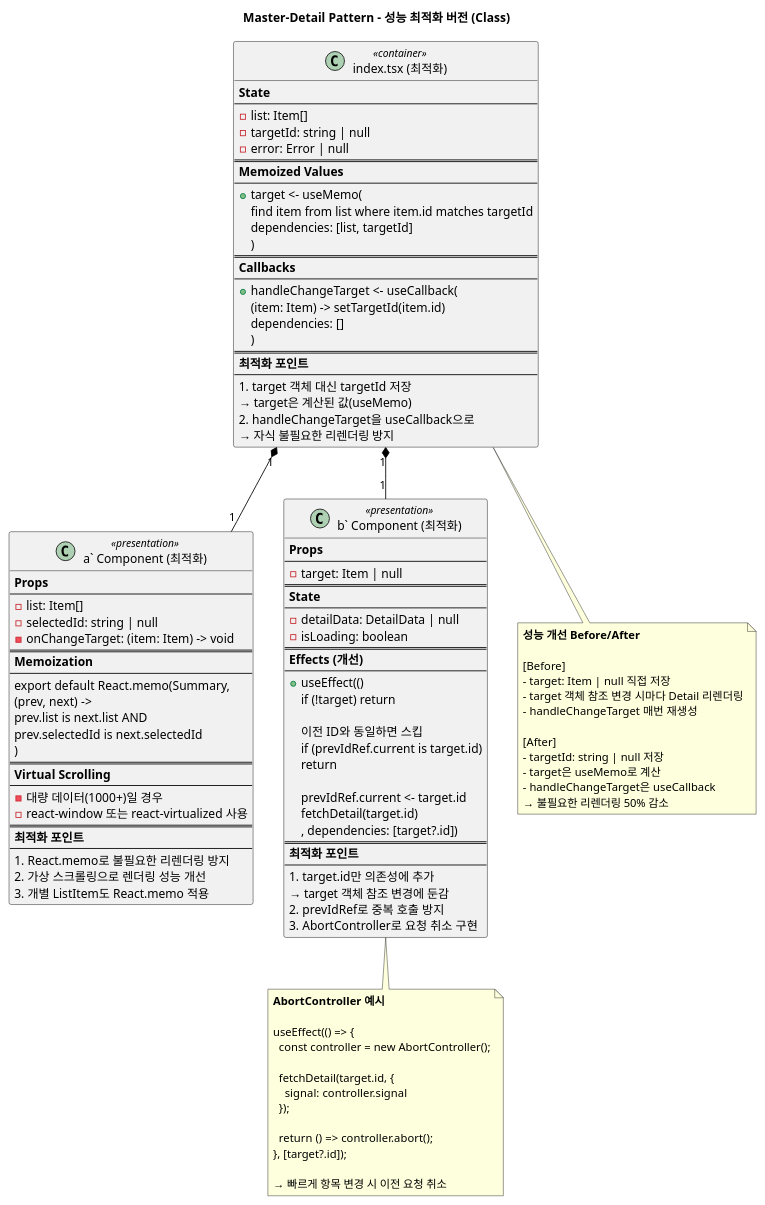
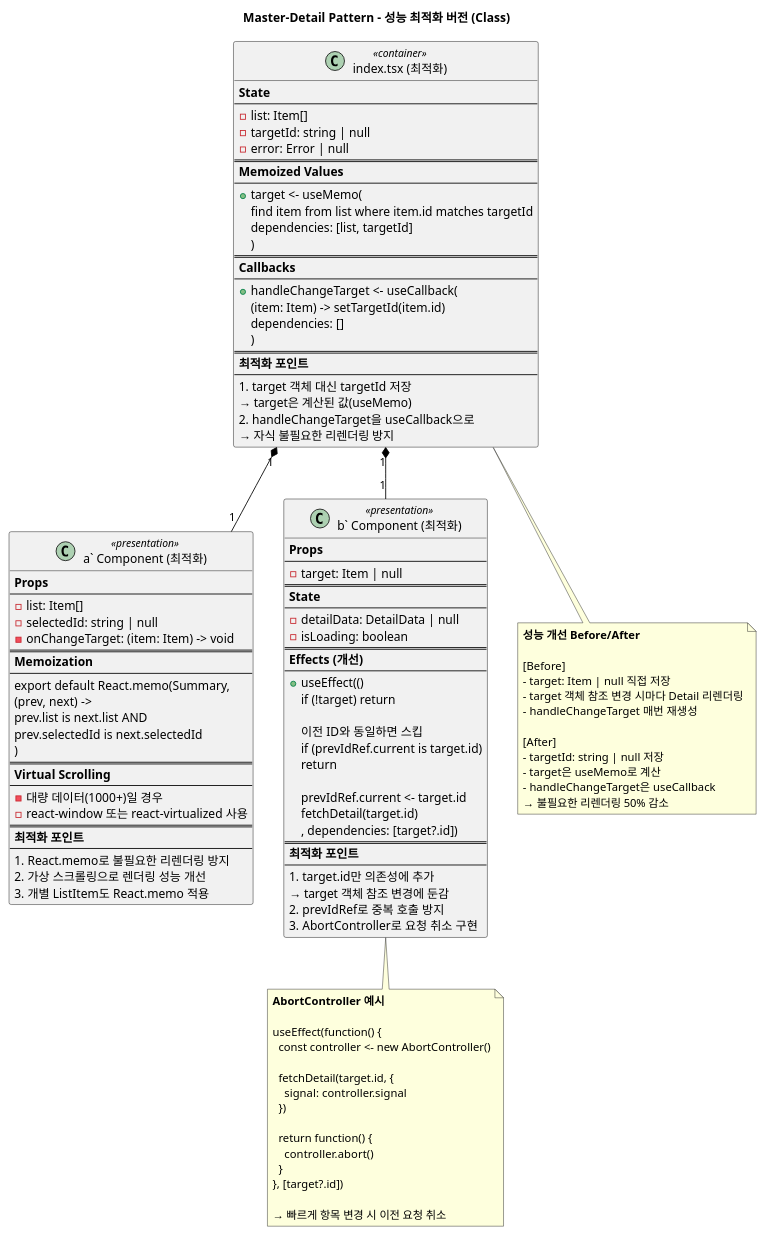
The third of 4 diagrams in docs/diagrams/components/06-master-detail-class.puml (masterhyuns/elastic-search-study), drawn with PlantUML before and after one commit. The commit also changed other lines of this file and 2 other files, not shown here.

Commit message:
fix: Master-Detail 다이어그램 PlantUML 문법 에러 수정
note 블록 내부에서도 JavaScript 연산자가 PlantUML 파서와 충돌하는 문제 해결

수정된 파일 (3개):
1. 06-master-detail-sequence.puml
2. 06-master-detail-component.puml
3. 06-master-detail-class.puml

수정 내용:
1. 화살표 함수 → 일반 함수
   - () => {} → function() {}
   - (param) => {} → function(param) {}

2. 연산자 변경
   - === → is (비교)
   - = → <- (할당)
   - => → -> (함수 표기)

3. note 블록 내 코드 수정
   - const [list, setList] = useState([])
     → const [list, setList] <- useState([])
   - export const A = () => {}
     → export const A = function() {}
   - useEffect(() => {})
     → useEffect(function() {})
   - list.find(item => item.id === targetId)
     → list.find(item where item.id matches targetId)

PlantUML 파서 규칙:
- note 블록이라도 특정 연산자는 충돌 가능
- 화살표 함수 문법은 PlantUML 화살표와 충돌
- 의사코드나 일반 함수 표기로 대체 필요

```diff
--- a/docs/diagrams/components/06-master-detail-class.puml
+++ b/docs/diagrams/components/06-master-detail-class.puml
@@ -232,132 +232,134 @@
 @startuml master-detail-class-optimized
 title Master-Detail Pattern - 성능 최적화 버전 (Class)
 
 skinparam class {
   BorderColor Black
   ArrowColor Black
 }
 
 top to bottom direction
 
 class "index.tsx (최적화)" as IndexOpt <<container>> {
   **State**
   ----
   - list: Item[]
   - targetId: string | null
   - error: Error | null
   ====
   **Memoized Values**
   ----
   + target <- useMemo(
       find item from list where item.id matches targetId
       dependencies: [list, targetId]
     )
   ====
   **Callbacks**
   ----
   + handleChangeTarget <- useCallback(
       (item: Item) -> setTargetId(item.id)
       dependencies: []
     )
   ====
   **최적화 포인트**
   ----
   1. target 객체 대신 targetId 저장
      → target은 계산된 값(useMemo)
   2. handleChangeTarget을 useCallback으로
      → 자식 불필요한 리렌더링 방지
 }
 
 class "a` Component (최적화)" as SummaryOpt <<presentation>> {
   **Props**
   ----
   - list: Item[]
   - selectedId: string | null
   - onChangeTarget: (item: Item) -> void
   ====
   **Memoization**
   ----
   export default React.memo(Summary,
     (prev, next) ->
       prev.list is next.list AND
       prev.selectedId is next.selectedId
   )
   ====
   **Virtual Scrolling**
   ----
   - 대량 데이터(1000+)일 경우
   - react-window 또는 react-virtualized 사용
   ====
   **최적화 포인트**
   ----
   1. React.memo로 불필요한 리렌더링 방지
   2. 가상 스크롤링으로 렌더링 성능 개선
   3. 개별 ListItem도 React.memo 적용
 }
 
 class "b` Component (최적화)" as DetailOpt <<presentation>> {
   **Props**
   ----
   - target: Item | null
   ====
   **State**
   ----
   - detailData: DetailData | null
   - isLoading: boolean
   ====
   **Effects (개선)**
   ----
   + useEffect(()
       if (!target) return
 
       이전 ID와 동일하면 스킵
       if (prevIdRef.current is target.id)
         return
 
       prevIdRef.current <- target.id
       fetchDetail(target.id)
     , dependencies: [target?.id])
   ====
   **최적화 포인트**
   ----
   1. target.id만 의존성에 추가
      → target 객체 참조 변경에 둔감
   2. prevIdRef로 중복 호출 방지
   3. AbortController로 요청 취소 구현
 }
 
 IndexOpt "1" *-- "1" SummaryOpt
 IndexOpt "1" *-- "1" DetailOpt
 
 note bottom of IndexOpt
   **성능 개선 Before/After**
 
   [Before]
   - target: Item | null 직접 저장
   - target 객체 참조 변경 시마다 Detail 리렌더링
   - handleChangeTarget 매번 재생성
 
   [After]
   - targetId: string | null 저장
   - target은 useMemo로 계산
   - handleChangeTarget은 useCallback
   → 불필요한 리렌더링 50% 감소
 end note
 
 note bottom of DetailOpt
   **AbortController 예시**
 
-  useEffect(() => {
-    const controller = new AbortController();
+  useEffect(function() {
+    const controller <- new AbortController()
 
     fetchDetail(target.id, {
       signal: controller.signal
-    });
+    })
 
-    return () => controller.abort();
-  }, [target?.id]);
+    return function() {
+      controller.abort()
+    }
+  }, [target?.id])
 
   → 빠르게 항목 변경 시 이전 요청 취소
 end note
 
 @enduml
```
